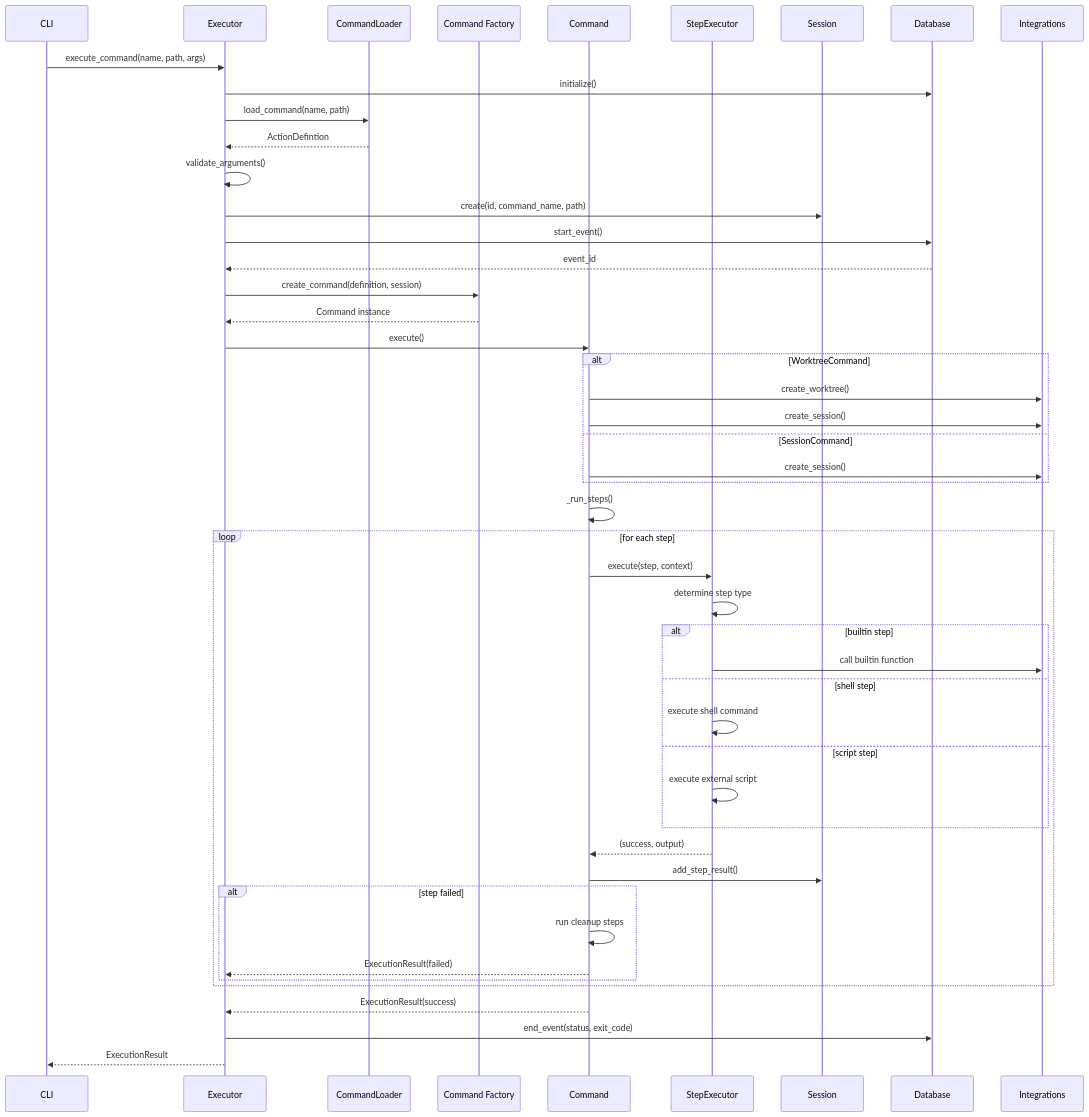
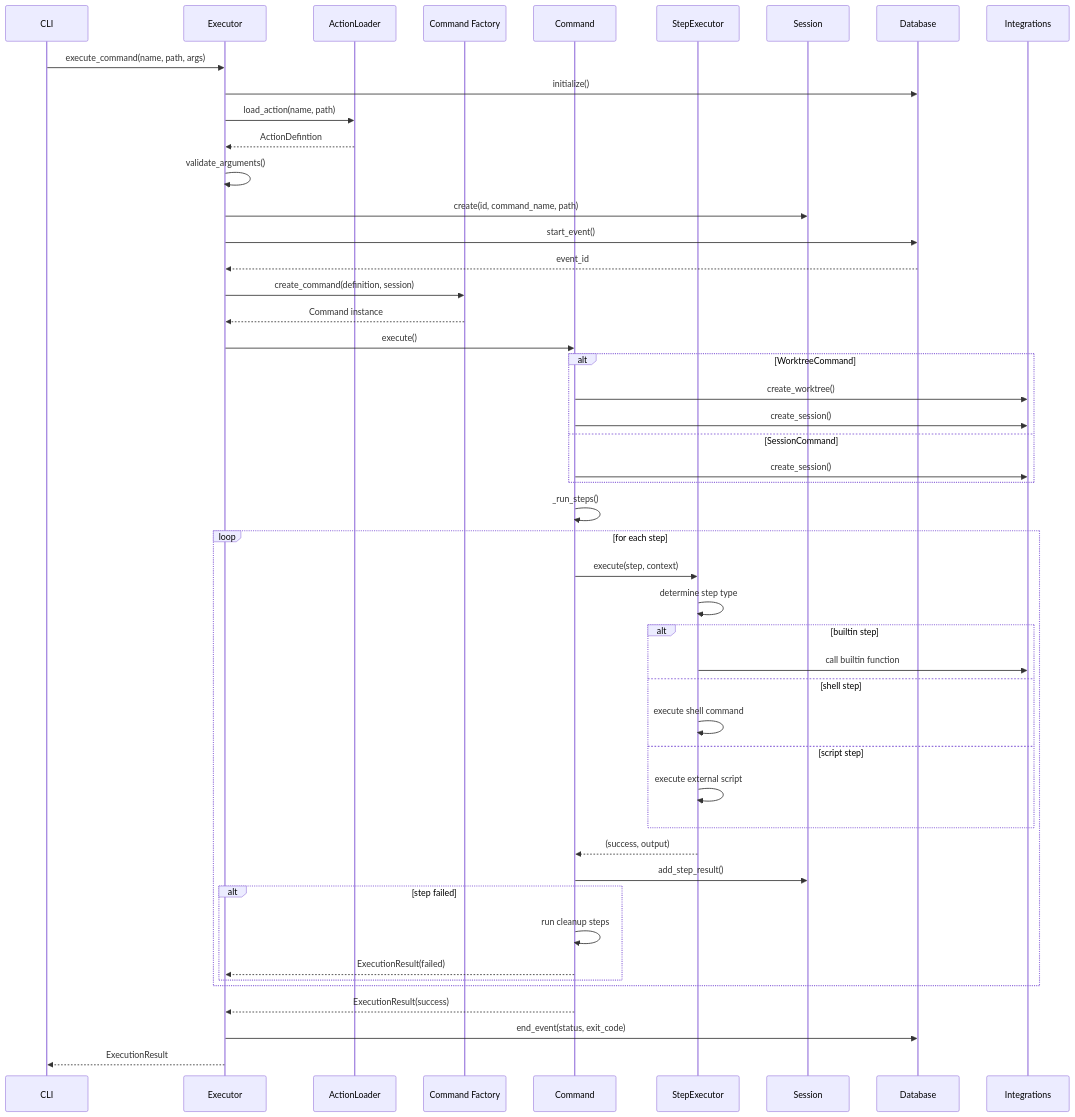
One commit to unbracketed/juiceprune changed the diagram in diagrams/03-execution-flow.md. Above: the diagram before and after it, drawn with Mermaid. The commit also changed 36 other files, not shown here.

Commit message:
WIP renaming command -> action globally

````diff
--- a/diagrams/03-execution-flow.md
+++ b/diagrams/03-execution-flow.md
@@ -5,60 +5,60 @@
 ```mermaid
 sequenceDiagram
     participant CLI
     participant Executor
-    participant CommandLoader
+    participant ActionLoader
     participant CommandFactory as Command Factory
     participant Command
     participant StepExecutor
     participant Session
     participant Database
     participant Integrations
     
     CLI->>Executor: execute_command(name, path, args)
     Executor->>Database: initialize()
-    Executor->>CommandLoader: load_command(name, path)
-    CommandLoader-->>Executor: ActionDefintion
+    Executor->>ActionLoader: load_action(name, path)
+    ActionLoader-->>Executor: ActionDefintion
     
     Executor->>Executor: validate_arguments()
     Executor->>Session: create(id, command_name, path)
     Executor->>Database: start_event()
     Database-->>Executor: event_id
     
     Executor->>CommandFactory: create_command(definition, session)
     CommandFactory-->>Executor: Command instance
     
     Executor->>Command: execute()
     
     alt WorktreeCommand
         Command->>Integrations: create_worktree()
         Command->>Integrations: create_session()
     else SessionCommand
         Command->>Integrations: create_session()
     end
     
     Command->>Command: _run_steps()
     loop for each step
         Command->>StepExecutor: execute(step, context)
         StepExecutor->>StepExecutor: determine step type
         
         alt builtin step
             StepExecutor->>Integrations: call builtin function
         else shell step
             StepExecutor->>StepExecutor: execute shell command
         else script step
             StepExecutor->>StepExecutor: execute external script
         end
         
         StepExecutor-->>Command: (success, output)
         Command->>Session: add_step_result()
         
         alt step failed
             Command->>Command: run cleanup steps
             Command-->>Executor: ExecutionResult(failed)
         end
     end
     
     Command-->>Executor: ExecutionResult(success)
     Executor->>Database: end_event(status, exit_code)
     Executor-->>CLI: ExecutionResult
 ```
````
